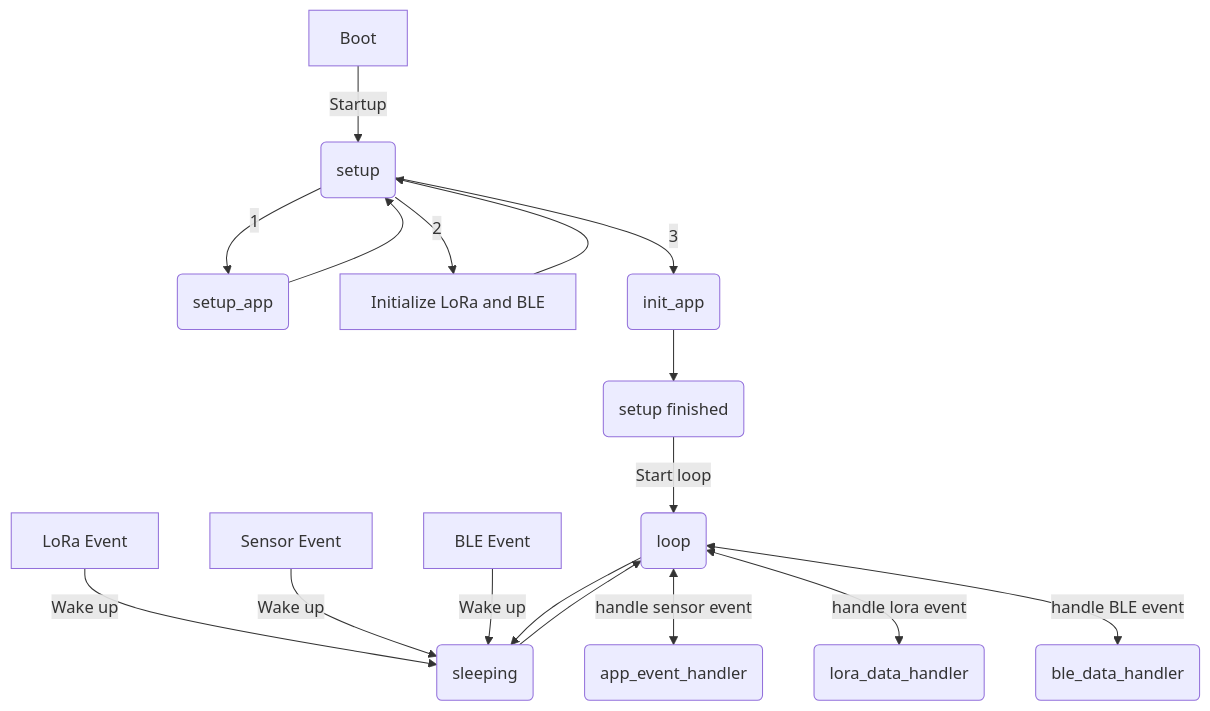
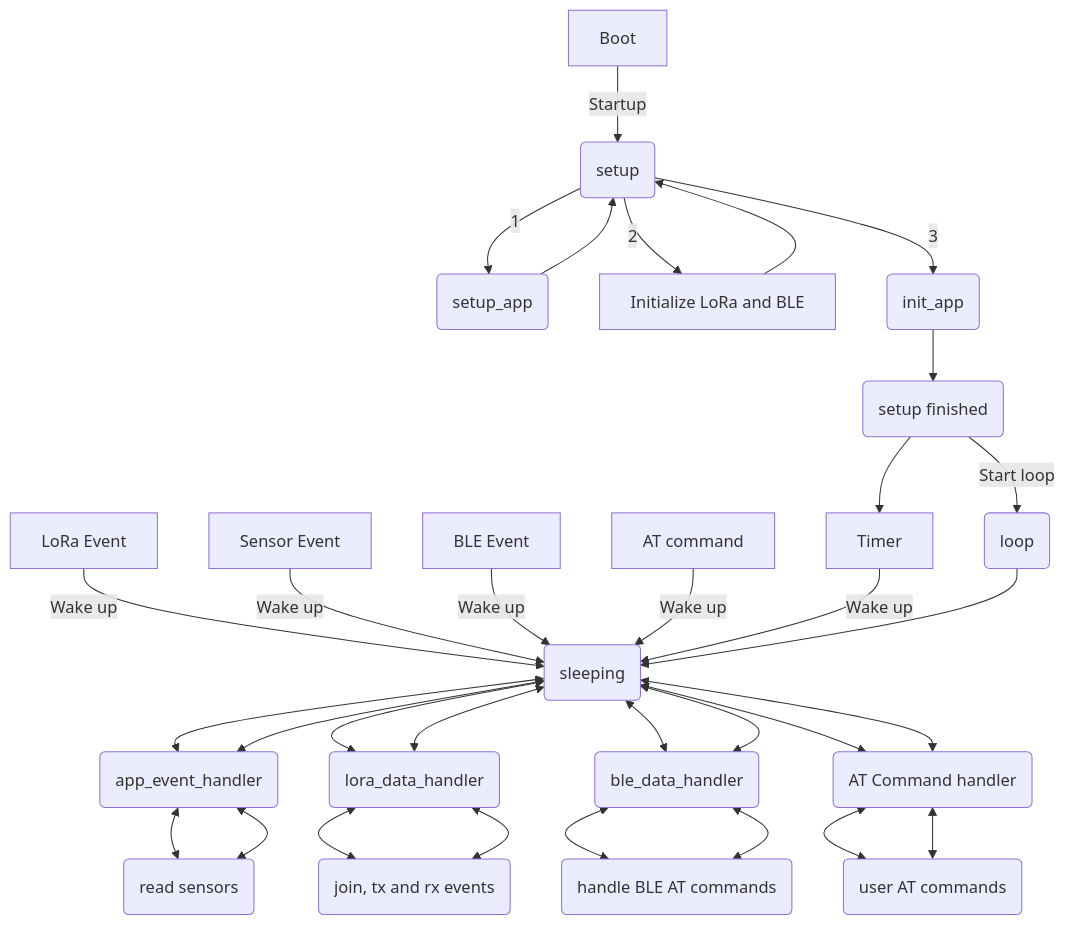
The diagram in README.md (beegee-tokyo/WisBlock-API), drawn with Mermaid before and after one commit.

Commit message:
Update flow diagram

````diff
--- a/README.md
+++ b/README.md
@@ -82,19 +82,34 @@
 ```mermaid
 graph TD
 A[Boot] -->|Startup| B(setup)
     B --> |1| D(setup_app)
         D --> B(setup)
     B --> |2| E[Initialize LoRa and BLE]
         E --> B(setup)
     B --> |3| G(init_app)
         G --> K(setup finished)
     K --> | Start loop| I(loop)
         Q[LoRa Event] --> |Wake up| J
         O[Sensor Event] --> |Wake up| J    
         P[BLE Event] --> |Wake up| J   
+        R[AT command] --> |Wake up| J   
+        T[Timer] --> |Wake up| J   
         I --> J(sleeping)
-        I <--> |handle sensor event| L(app_event_handler)
-        I <--> |handle lora event| M(lora_data_handler)
-        I <--> |handle BLE event| N(ble_data_handler)
-    J --> I
+        K --> T
+        J <--> L(app_event_handler)
+        J <--> M(lora_data_handler)
+        J <--> N(ble_data_handler)
+        J <--> S(AT Command handler)
+        L <--> U(read sensors)
+        M <--> V(join, tx and rx events)
+        N <--> W(handle BLE AT commands)
+        S <--> AA(user AT commands)
+        U <--> L
+        V <--> M
+        W <--> N
+        AA <--> S
+        L <--> J
+        M <--> J
+        N <--> J
+        S <--> J
 ```
````
